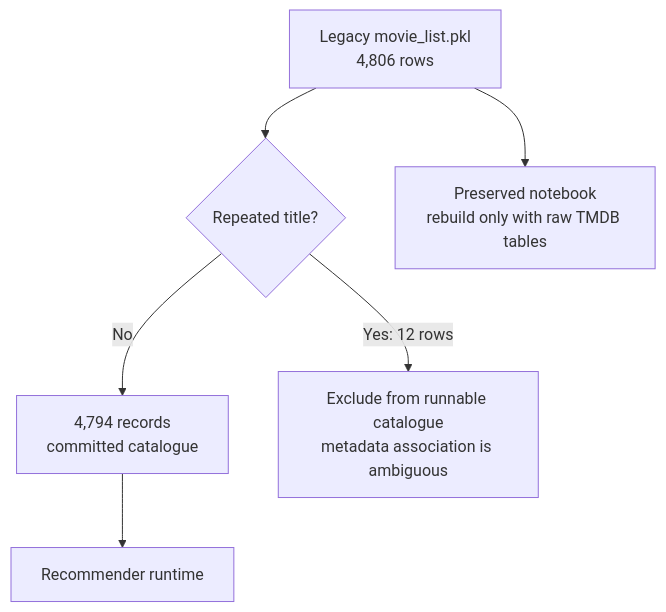
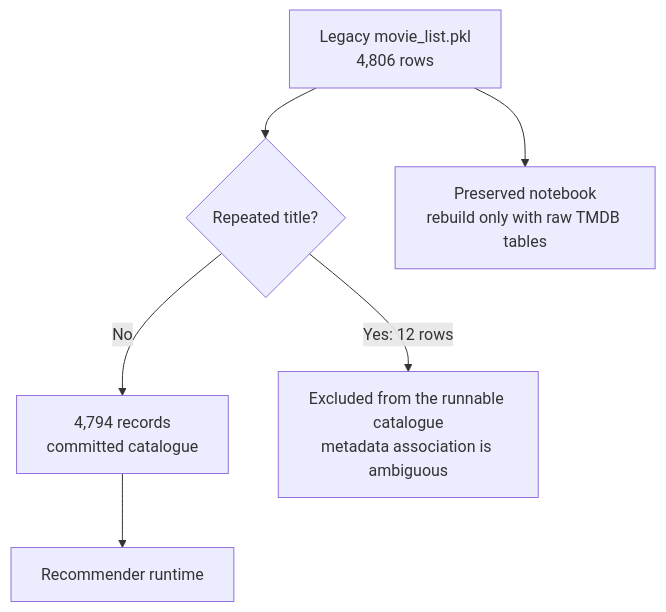
The third of 3 diagrams in 14-movie-recommender/README.md (CHAITANYA-2002/machine-learning-projects), drawn with Mermaid before and after one commit. The commit also changed other lines of this file and 10 other files, not shown here.

````diff
--- a/14-movie-recommender/README.md
+++ b/14-movie-recommender/README.md
@@ -106,8 +161,8 @@
 ```mermaid
 flowchart TD
-    raw["Legacy movie_list.pkl\n4,806 rows"] --> audit{"Repeated title?"}
-    audit -->|No| usable["4,794 records\ncommitted catalogue"]
-    audit -->|Yes: 12 rows| excluded["Exclude from runnable catalogue\nmetadata association is ambiguous"]
+    raw["Legacy movie_list.pkl<br/>4,806 rows"] --> audit{"Repeated title?"}
+    audit -->|No| usable["4,794 records<br/>committed catalogue"]
+    audit -->|"Yes: 12 rows"| excluded["Excluded from the runnable catalogue<br/>metadata association is ambiguous"]
     usable --> app["Recommender runtime"]
-    raw --> legacy["Preserved notebook\nrebuild only with raw TMDB tables"]
+    raw --> legacy["Preserved notebook<br/>rebuild only with raw TMDB tables"]
 ```
````
